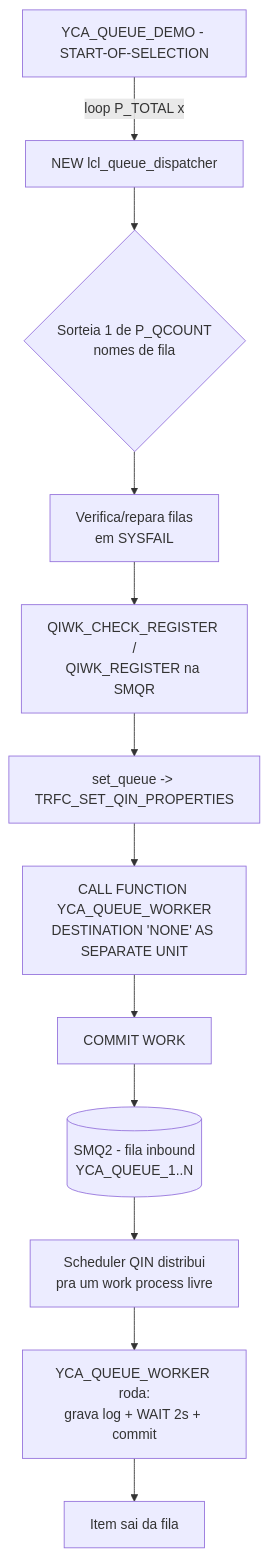
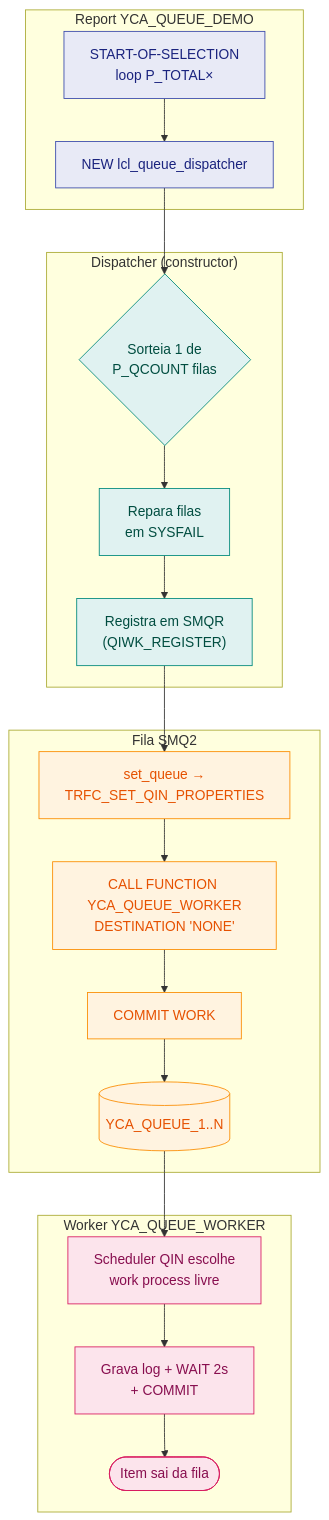
The second of 2 diagrams in README.md (edmilson-nascimento/queue-process), drawn with Mermaid before and after one commit. The commit also changed other lines of this file, not shown here.

Commit message:
Refine flowchart and instructions in README.md for better clarity on qRFC process

````diff
--- a/README.md
+++ b/README.md
@@ -124,14 +124,35 @@
 ```mermaid
-graph TD
-    A[YCA_QUEUE_DEMO - START-OF-SELECTION] -->|loop P_TOTAL x| B[NEW lcl_queue_dispatcher]
-    B --> C{Sorteia 1 de P_QCOUNT<br/>nomes de fila}
-    C --> D[Verifica/repara filas<br/>em SYSFAIL]
-    D --> E[QIWK_CHECK_REGISTER /<br/>QIWK_REGISTER na SMQR]
-    E --> F[set_queue -&gt; TRFC_SET_QIN_PROPERTIES]
-    F --> G[CALL FUNCTION YCA_QUEUE_WORKER<br/>DESTINATION 'NONE' AS SEPARATE UNIT]
-    G --> H[COMMIT WORK]
-    H --> I[(SMQ2 - fila inbound<br/>YCA_QUEUE_1..N)]
-    I --> J[Scheduler QIN distribui<br/>pra um work process livre]
-    J --> K[YCA_QUEUE_WORKER roda:<br/>grava log + WAIT 2s + commit]
-    K --> L[Item sai da fila]
+flowchart TD
+    subgraph REPORT["Report YCA_QUEUE_DEMO"]
+        A["START-OF-SELECTION<br/>loop P_TOTAL×"] --> B["NEW lcl_queue_dispatcher"]
+    end
+
+    subgraph DISPATCHER["Dispatcher (constructor)"]
+        B --> C{"Sorteia 1 de<br/>P_QCOUNT filas"}
+        C --> D["Repara filas<br/>em SYSFAIL"]
+        D --> E["Registra em SMQR<br/>(QIWK_REGISTER)"]
+    end
+
+    subgraph QUEUE["Fila SMQ2"]
+        E --> F["set_queue →<br/>TRFC_SET_QIN_PROPERTIES"]
+        F --> G["CALL FUNCTION YCA_QUEUE_WORKER<br/>DESTINATION 'NONE'"]
+        G --> H["COMMIT WORK"]
+        H --> I[("YCA_QUEUE_1..N")]
+    end
+
+    subgraph WORKER["Worker YCA_QUEUE_WORKER"]
+        I --> J["Scheduler QIN escolhe<br/>work process livre"]
+        J --> K["Grava log + WAIT 2s<br/>+ COMMIT"]
+        K --> L(["Item sai da fila"])
+    end
+
+    classDef report fill:#e8eaf6,stroke:#3949ab,color:#1a237e
+    classDef dispatcher fill:#e0f2f1,stroke:#00897b,color:#004d40
+    classDef queue fill:#fff3e0,stroke:#fb8c00,color:#e65100
+    classDef worker fill:#fce4ec,stroke:#d81b60,color:#880e4f
+
+    class A,B report
+    class C,D,E dispatcher
+    class F,G,H,I queue
+    class J,K,L worker
 ```
````
